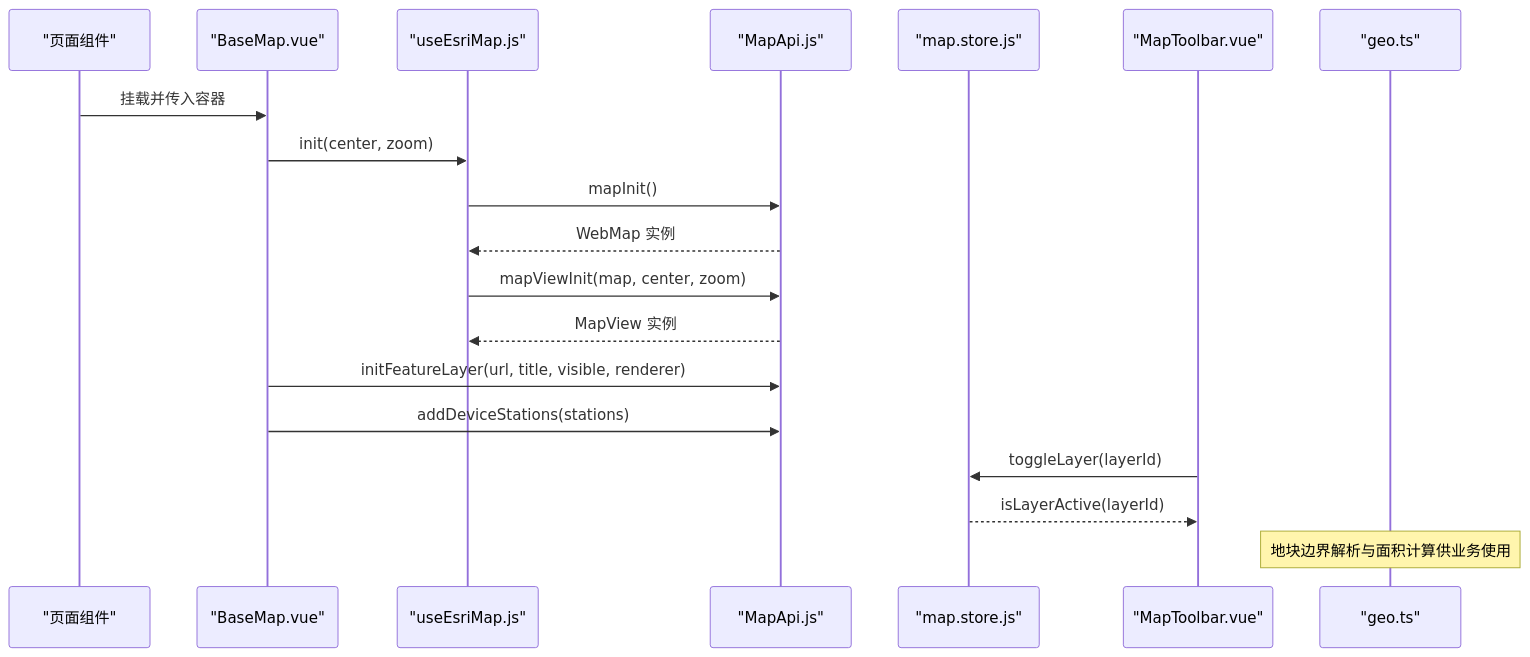
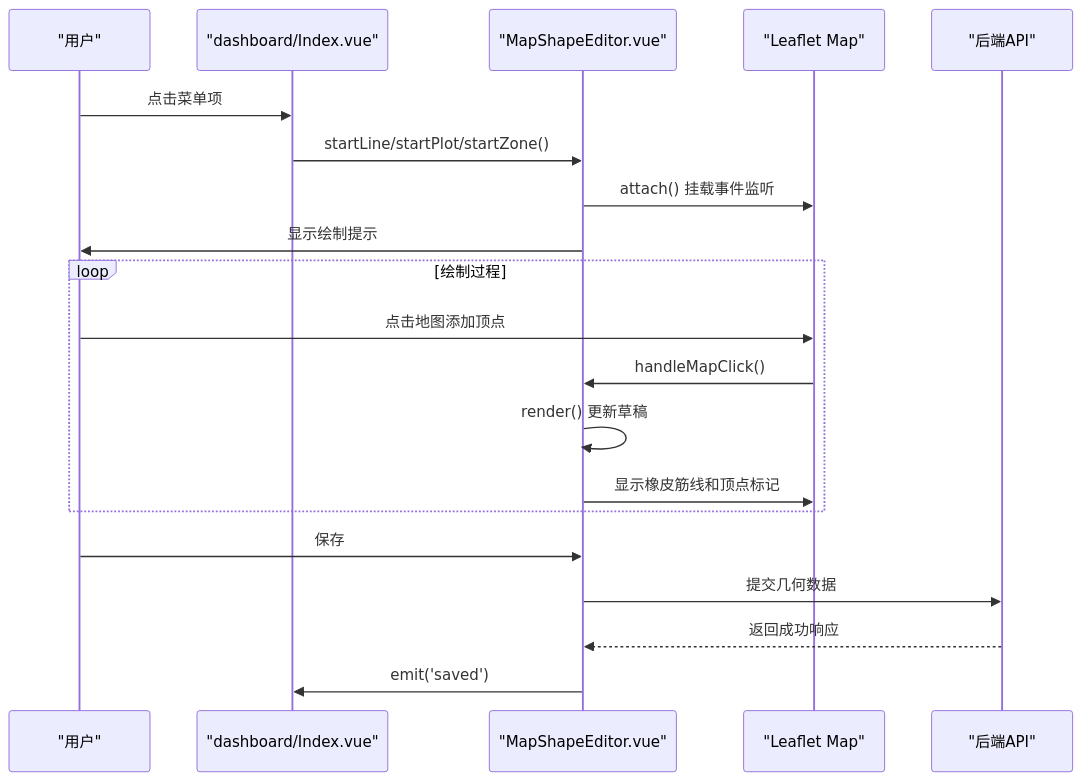
One commit to q446328246/agri-platform changed the second of 5 diagrams in .qoder/repowiki/zh/content/前端应用文档/地图可视化.md. Above: the diagram before and after it, drawn with Mermaid. The commit also changed other lines of this file and 39 other files, not shown here.

````diff
--- a/.qoder/repowiki/zh/content/前端应用文档/地图可视化.md
+++ b/.qoder/repowiki/zh/content/前端应用文档/地图可视化.md
@@ -107,21 +97,22 @@
 ```mermaid
 sequenceDiagram
-participant Page as "页面组件"
-participant BaseMap as "BaseMap.vue"
-participant Composable as "useEsriMap.js"
-participant MapApi as "MapApi.js"
-participant Store as "map.store.js"
-participant Toolbar as "MapToolbar.vue"
-participant Geo as "geo.ts"
-Page->>BaseMap : 挂载并传入容器
-BaseMap->>Composable : init(center, zoom)
-Composable->>MapApi : mapInit()
-MapApi-->>Composable : WebMap 实例
-Composable->>MapApi : mapViewInit(map, center, zoom)
-MapApi-->>Composable : MapView 实例
-BaseMap->>MapApi : initFeatureLayer(url, title, visible, renderer)
-BaseMap->>MapApi : addDeviceStations(stations)
-Toolbar->>Store : toggleLayer(layerId)
-Store-->>Toolbar : isLayerActive(layerId)
-Note over Geo : 地块边界解析与面积计算供业务使用
+participant User as "用户"
+participant Dashboard as "dashboard/Index.vue"
+participant ShapeEditor as "MapShapeEditor.vue"
+participant Map as "Leaflet Map"
+participant API as "后端API"
+User->>Dashboard : 点击菜单项
+Dashboard->>ShapeEditor : startLine/startPlot/startZone()
+ShapeEditor->>Map : attach() 挂载事件监听
+ShapeEditor->>User : 显示绘制提示
+loop 绘制过程
+User->>Map : 点击地图添加顶点
+Map->>ShapeEditor : handleMapClick()
+ShapeEditor->>ShapeEditor : render() 更新草稿
+ShapeEditor->>Map : 显示橡皮筋线和顶点标记
+end
+User->>ShapeEditor : 保存
+ShapeEditor->>API : 提交几何数据
+API-->>ShapeEditor : 返回成功响应
+ShapeEditor->>Dashboard : emit('saved')
 ```
````
